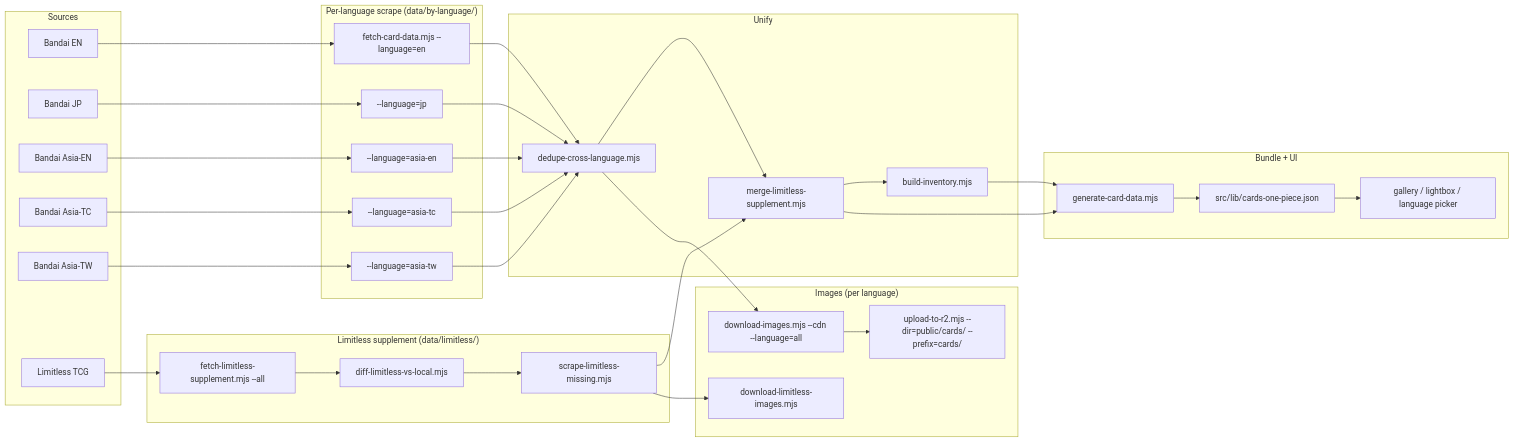
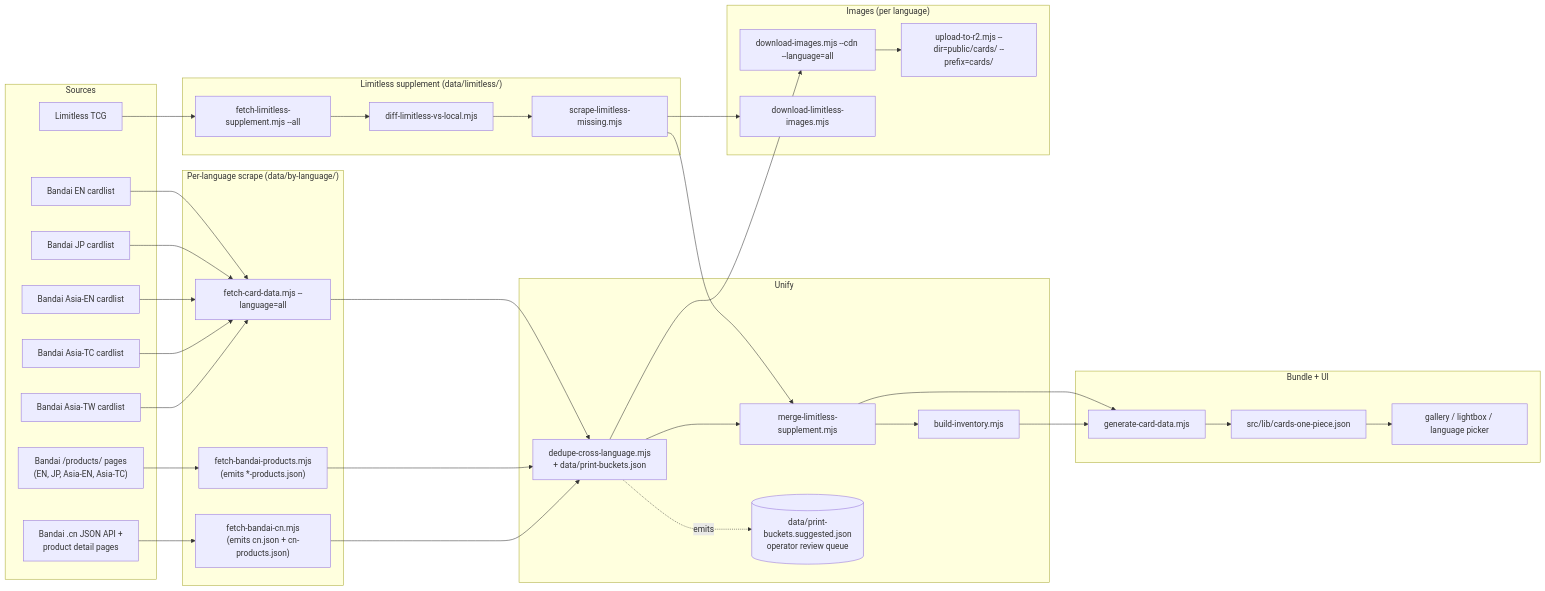
One commit to point-onefive/tcg_viewer changed the diagram in docs/data-pipeline.md. Above: the diagram before and after it, drawn with Mermaid. The commit also changed other lines of this file and 9 other files, not shown here.

````diff
--- a/docs/data-pipeline.md
+++ b/docs/data-pipeline.md
@@ -78,65 +146,67 @@
 ```mermaid
 flowchart LR
   subgraph Sources
-    BEN["Bandai EN"]
-    BJP["Bandai JP"]
-    BASIAEN["Bandai Asia-EN"]
-    BTC["Bandai Asia-TC"]
-    BTW["Bandai Asia-TW"]
+    BEN["Bandai EN cardlist"]
+    BJP["Bandai JP cardlist"]
+    BASIAEN["Bandai Asia-EN cardlist"]
+    BTC["Bandai Asia-TC cardlist"]
+    BTW["Bandai Asia-TW cardlist"]
+    BPROD["Bandai /products/ pages<br/>(EN, JP, Asia-EN, Asia-TC)"]
+    BCN["Bandai .cn JSON API +<br/>product detail pages"]
     LIM["Limitless TCG"]
   end
 
   subgraph "Per-language scrape (data/by-language/)"
-    F1["fetch-card-data.mjs --language=en"]
-    F2["--language=jp"]
-    F3["--language=asia-en"]
-    F4["--language=asia-tc"]
-    F5["--language=asia-tw"]
+    F1["fetch-card-data.mjs --language=all"]
+    FP["fetch-bandai-products.mjs<br/>(emits *-products.json)"]
+    FCN["fetch-bandai-cn.mjs<br/>(emits cn.json + cn-products.json)"]
   end
 
   subgraph "Limitless supplement (data/limitless/)"
     L1["fetch-limitless-supplement.mjs --all"]
     L2["diff-limitless-vs-local.mjs"]
     L3["scrape-limitless-missing.mjs"]
   end
 
   subgraph "Unify"
-    DEDUP["dedupe-cross-language.mjs"]
+    DEDUP["dedupe-cross-language.mjs<br/>+ data/print-buckets.json"]
     MERGE["merge-limitless-supplement.mjs"]
     INV["build-inventory.mjs"]
+    SUGG[("data/print-buckets.suggested.json<br/>operator review queue")]
   end
 
   subgraph "Images (per language)"
     DL["download-images.mjs --cdn --language=all"]
     DLLIM["download-limitless-images.mjs"]
     UP["upload-to-r2.mjs --dir=public/cards/<lang> --prefix=cards/<lang>"]
   end
 
   subgraph "Bundle + UI"
     GEN["generate-card-data.mjs"]
     BUNDLE["src/lib/cards-one-piece.json"]
     UI["gallery / lightbox / language picker"]
   end
 
   BEN --> F1
-  BJP --> F2
-  BASIAEN --> F3
-  BTC --> F4
-  BTW --> F5
+  BJP --> F1
+  BASIAEN --> F1
+  BTC --> F1
+  BTW --> F1
+  BPROD --> FP
+  BCN --> FCN
 
   LIM --> L1 --> L2 --> L3
 
   F1 --> DEDUP
-  F2 --> DEDUP
-  F3 --> DEDUP
-  F4 --> DEDUP
-  F5 --> DEDUP
+  FP --> DEDUP
+  FCN --> DEDUP
   L3 --> MERGE
   DEDUP --> MERGE --> INV
+  DEDUP -. emits .-> SUGG
 
   DEDUP --> DL --> UP
   L3 --> DLLIM
   MERGE --> GEN
   INV --> GEN
   GEN --> BUNDLE --> UI
 ```
````
